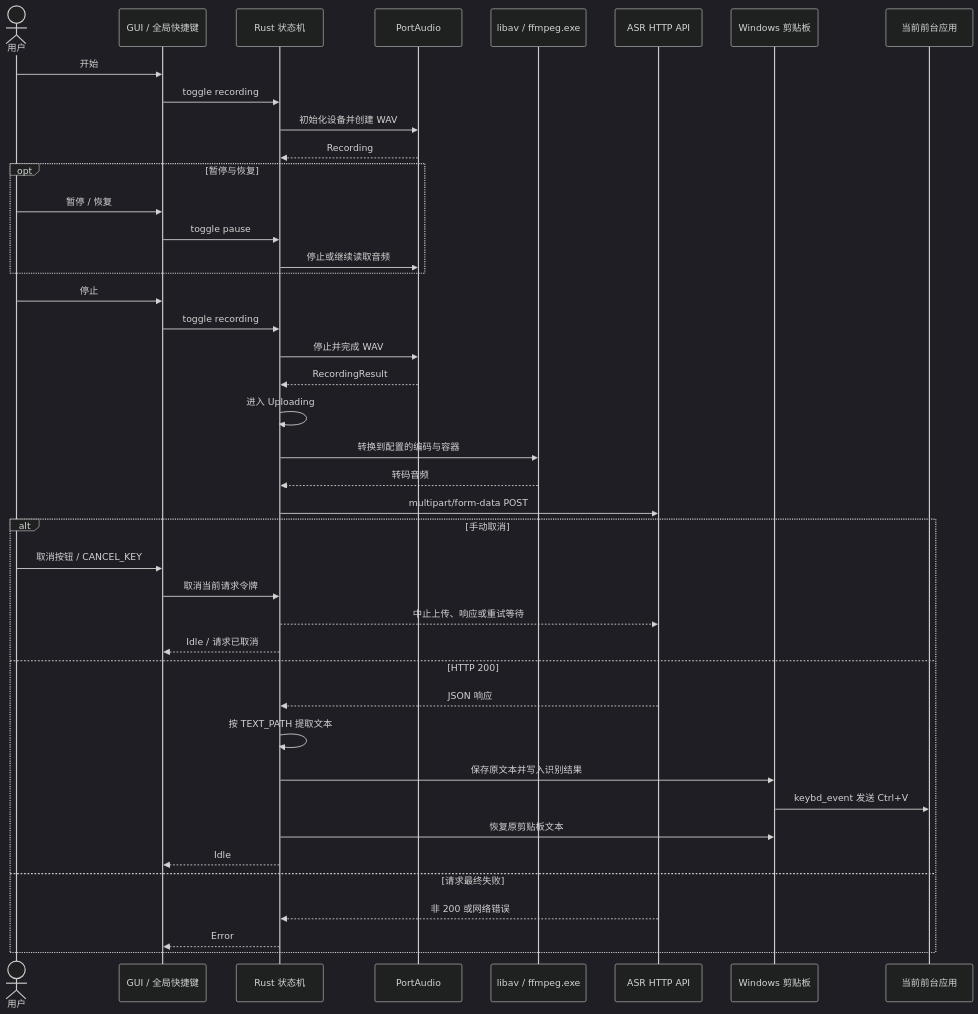
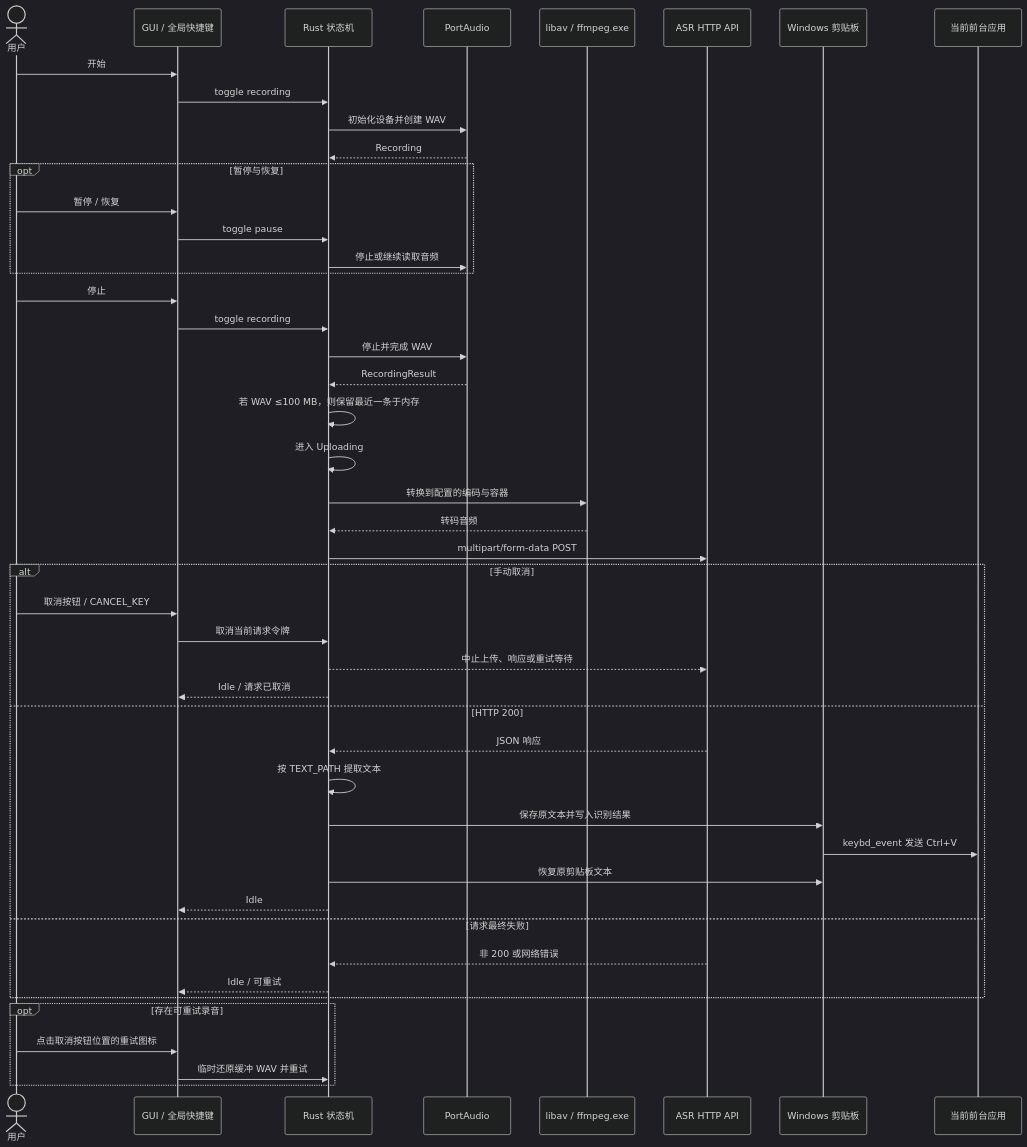
The second of 3 diagrams in README_ZH.md (Joey-Kot/STT-for-Windows), drawn with Mermaid (dark theme) before and after one commit. The commit also changed other lines of this file and 5 other files, not shown here.

````diff
--- a/README_ZH.md
+++ b/README_ZH.md
@@ -94,48 +99,54 @@
 ```mermaid
 sequenceDiagram
     actor User as 用户
     participant Control as GUI / 全局快捷键
     participant Runtime as Rust 状态机
     participant Recorder as PortAudio
     participant Converter as libav / ffmpeg.exe
     participant ASR as ASR HTTP API
     participant Clipboard as Windows 剪贴板
     participant App as 当前前台应用
 
     User->>Control: 开始
     Control->>Runtime: toggle recording
     Runtime->>Recorder: 初始化设备并创建 WAV
     Recorder-->>Runtime: Recording
 
     opt 暂停与恢复
         User->>Control: 暂停 / 恢复
         Control->>Runtime: toggle pause
         Runtime->>Recorder: 停止或继续读取音频
     end
 
     User->>Control: 停止
     Control->>Runtime: toggle recording
     Runtime->>Recorder: 停止并完成 WAV
     Recorder-->>Runtime: RecordingResult
+    Runtime->>Runtime: 若 WAV ≤100 MB，则保留最近一条于内存
     Runtime->>Runtime: 进入 Uploading
     Runtime->>Converter: 转换到配置的编码与容器
     Converter-->>Runtime: 转码音频
     Runtime->>ASR: multipart/form-data POST
 
     alt 手动取消
         User->>Control: 取消按钮 / CANCEL_KEY
         Control->>Runtime: 取消当前请求令牌
         Runtime-->>ASR: 中止上传、响应或重试等待
         Runtime-->>Control: Idle / 请求已取消
     else HTTP 200
         ASR-->>Runtime: JSON 响应
         Runtime->>Runtime: 按 TEXT_PATH 提取文本
         Runtime->>Clipboard: 保存原文本并写入识别结果
         Clipboard->>App: keybd_event 发送 Ctrl+V
         Runtime->>Clipboard: 恢复原剪贴板文本
         Runtime-->>Control: Idle
     else 请求最终失败
         ASR-->>Runtime: 非 200 或网络错误
-        Runtime-->>Control: Error
+        Runtime-->>Control: Idle / 可重试
+    end
+
+    opt 存在可重试录音
+        User->>Control: 点击取消按钮位置的重试图标
+        Control->>Runtime: 临时还原缓冲 WAV 并重试
     end
 ```
````
